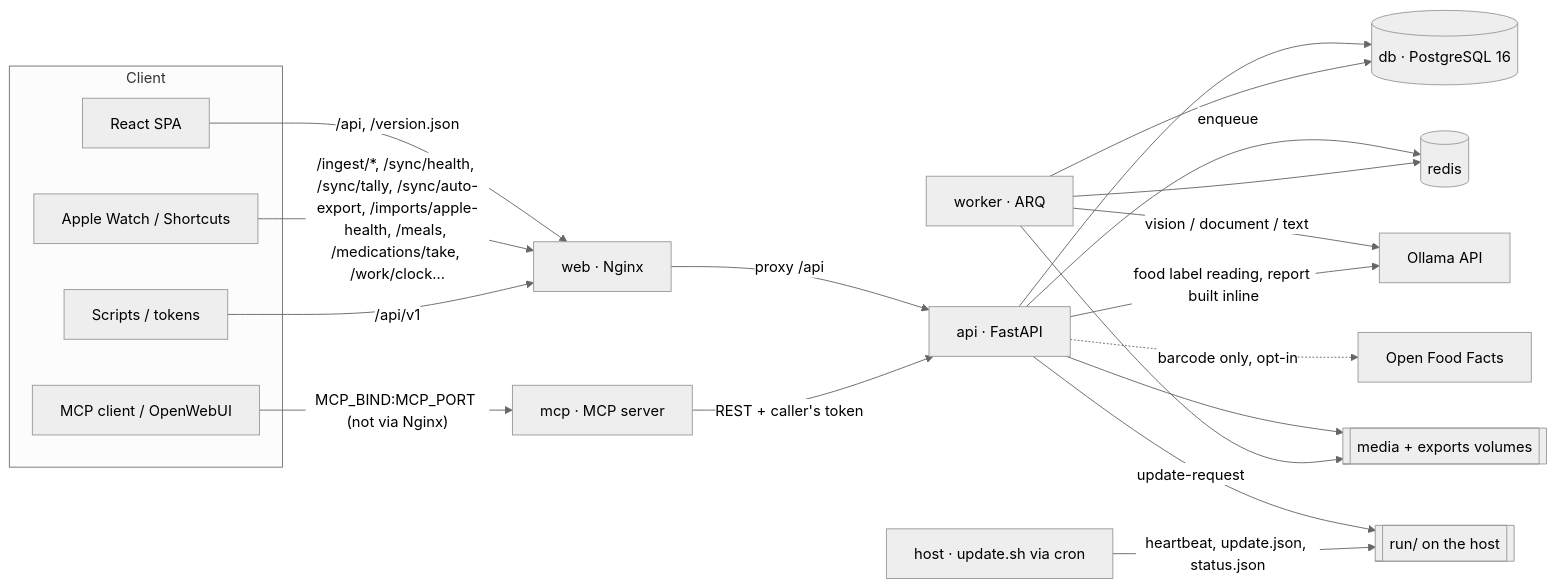
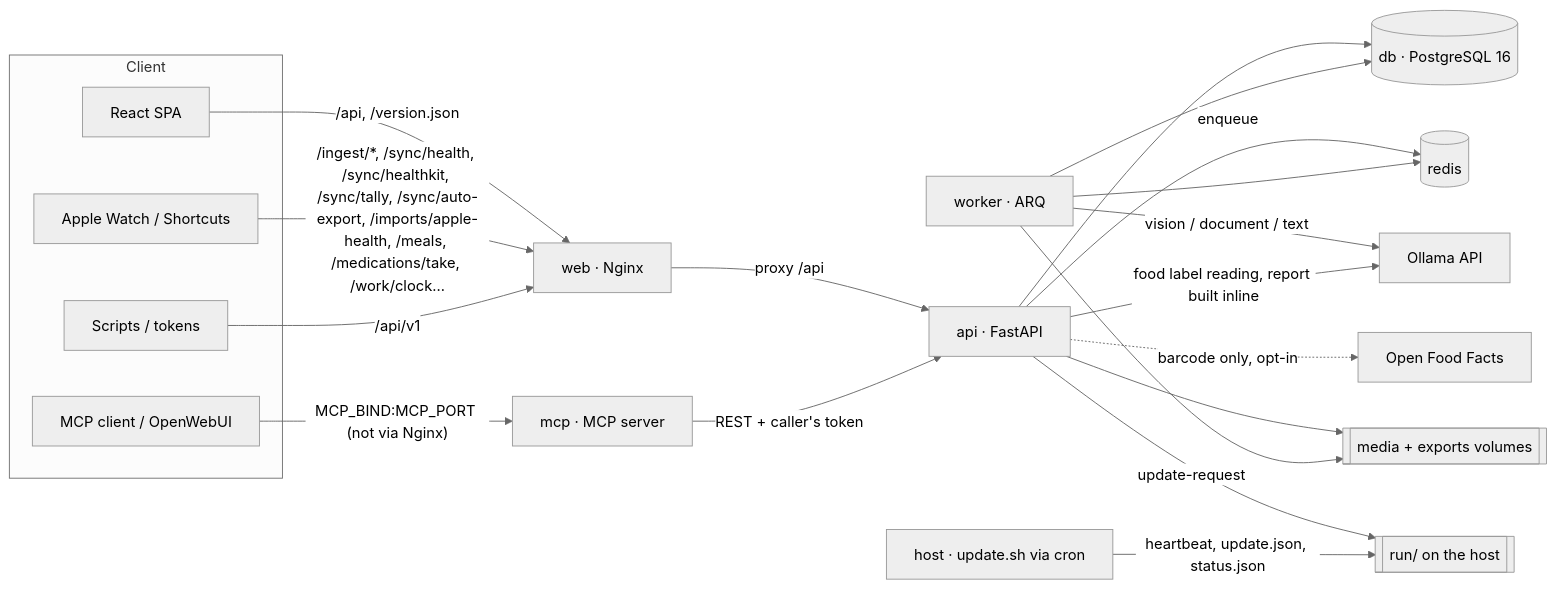
Before and after one commit to Inf3rnus187/Health: the first of 3 diagrams in docs/architecture.md, drawn with Mermaid (neutral theme). The commit also changed 11 other files, not shown here.

First line of the commit message:
Sent health data no longer lands on nginx's disk; docs brought up to date

````diff
--- a/docs/architecture.md
+++ b/docs/architecture.md
@@ -5,28 +5,28 @@
 ```mermaid
 flowchart LR
   subgraph Client
     UI[React SPA]
     Watch[Apple Watch / Shortcuts]
     Scripts[Scripts / tokens]
     AIclientMCP[MCP client / OpenWebUI]
   end
 
   UI -->|"/api, /version.json"| Nginx[web · Nginx]
-  Watch -->|"/ingest/*, /sync/health, /sync/tally, /sync/auto-export, /imports/apple-health, /meals, /medications/take, /work/clock…"| Nginx
+  Watch -->|"/ingest/*, /sync/health, /sync/healthkit, /sync/tally, /sync/auto-export, /imports/apple-health, /meals, /medications/take, /work/clock…"| Nginx
   Scripts -->|/api/v1| Nginx
   Nginx -->|proxy /api| API[api · FastAPI]
   AIclientMCP -->|"MCP_BIND:MCP_PORT (not via Nginx)"| MCP[mcp · MCP server]
   MCP -->|"REST + caller's token"| API
 
   API --> DB[(db · PostgreSQL 16)]
   API -->|enqueue| Redis[(redis)]
   Worker[worker · ARQ] --> Redis
   Worker --> DB
   Worker -->|vision / document / text| Ollama[Ollama API]
   API -->|"food label reading, report built inline"| Ollama
   API -.->|"barcode only, opt-in"| OFF[Open Food Facts]
   API --> Media[[media + exports volumes]]
   Worker --> Media
   API -->|update-request| Run[[run/ on the host]]
   Host[host · update.sh via cron] -->|"heartbeat, update.json, status.json"| Run
 ```
````
